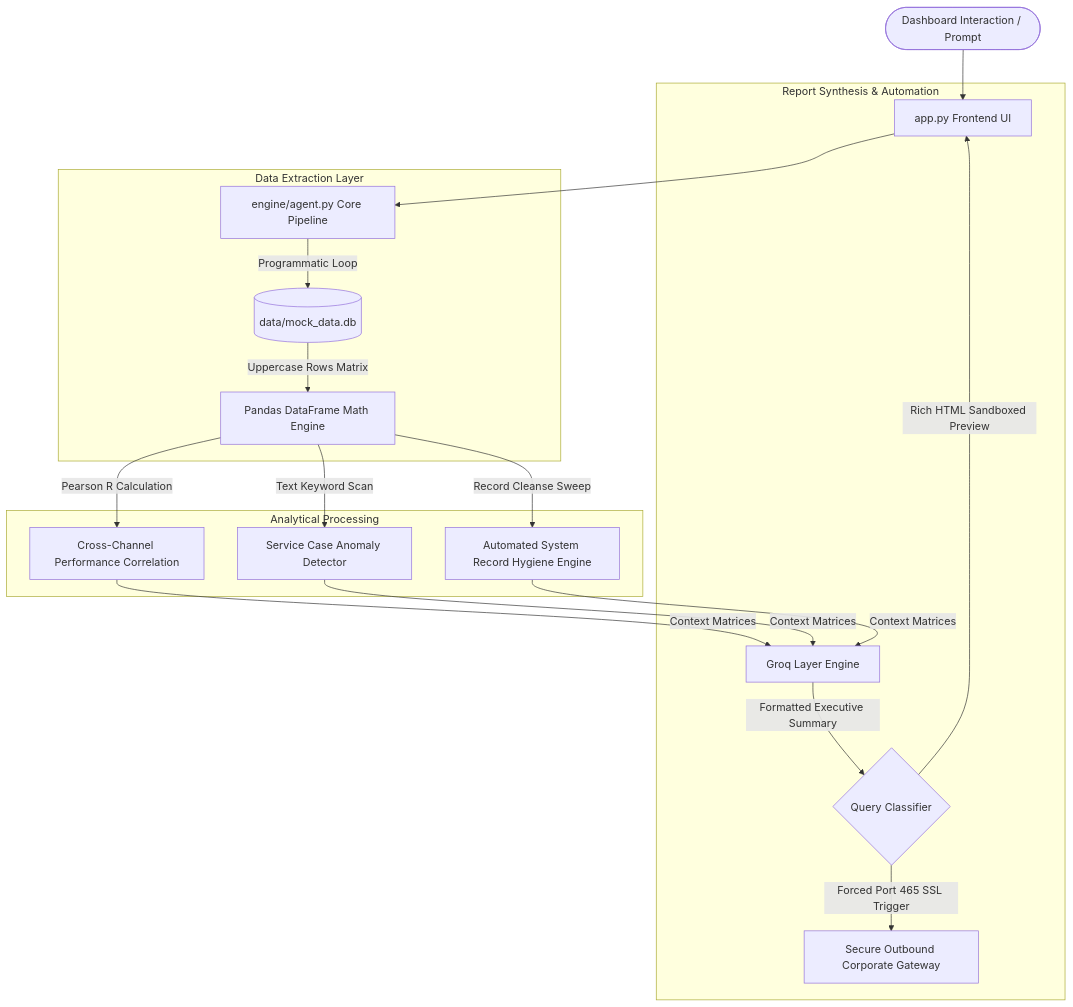
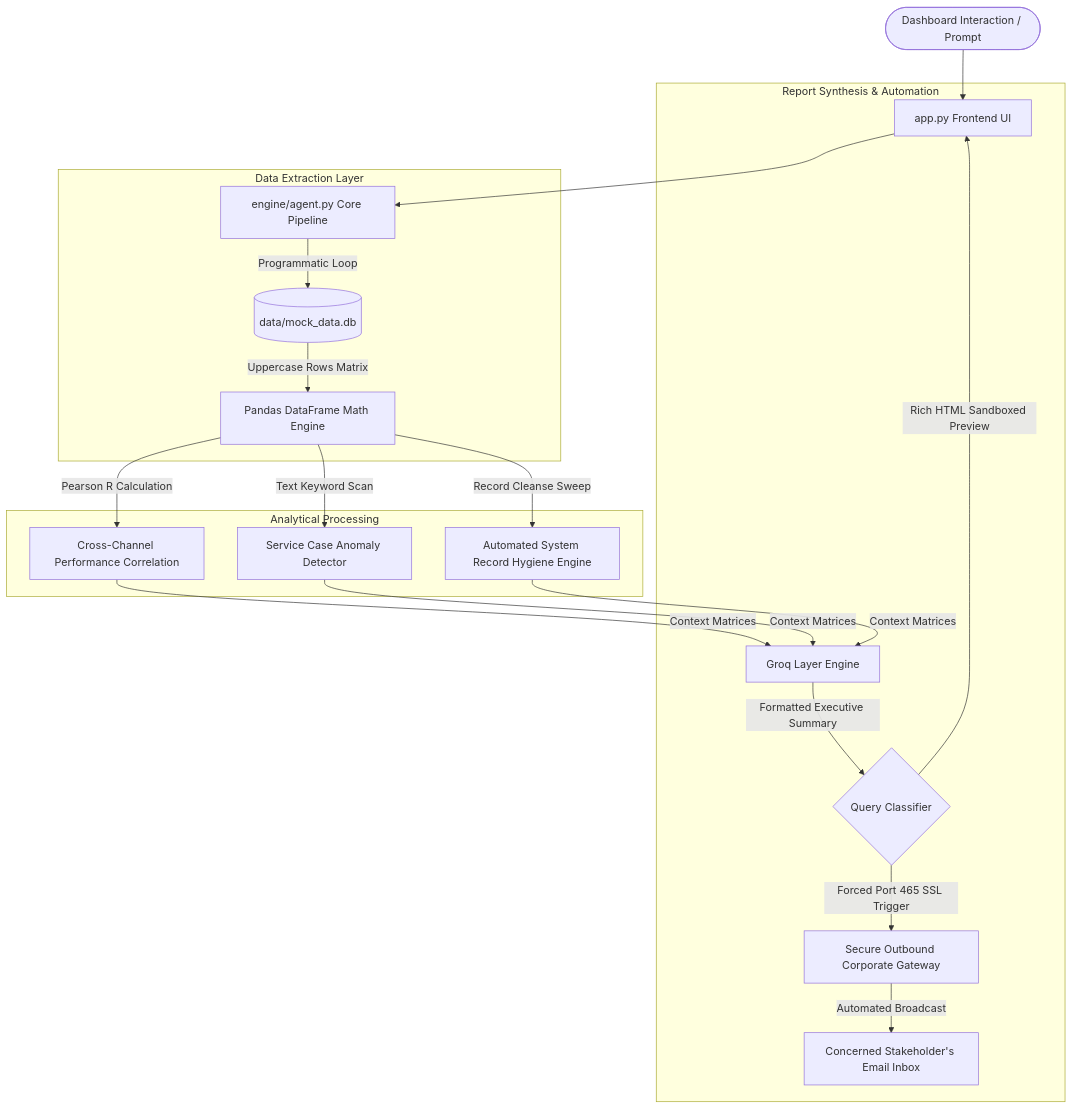
The first of 2 diagrams in README.md (SRINIVASTA/email-campaign-intelligence-agent), drawn with Mermaid before and after one commit.

Commit message:
Add automated broadcast to SMTP in README
Added automated broadcast feature to SMTP section.

````diff
--- a/README.md
+++ b/README.md
@@ -17,23 +17,24 @@
 ```mermaid
 graph TD
     User([Dashboard Interaction / Prompt]) --> Streamlit[app.py Frontend UI]
     Streamlit --> Engine[engine/agent.py Core Pipeline]
     
     subgraph Data Extraction Layer
         Engine -->|Programmatic Loop| SQLite[(data/mock_data.db)]
         SQLite -->|Uppercase Rows Matrix| Pandas[Pandas DataFrame Math Engine]
     end
 
     subgraph Analytical Processing
         Pandas -->|Pearson R Calculation| Calc[Cross-Channel Performance Correlation]
         Pandas -->|Text Keyword Scan| Anom[Service Case Anomaly Detector]
         Pandas -->|Record Cleanse Sweep| Hygiene[Automated System Record Hygiene Engine]
     end
 
     subgraph Report Synthesis & Automation
         Calc & Anom & Hygiene -->|Context Matrices| LLM[Groq Layer Engine]
         LLM -->|Formatted Executive Summary| Orchestrator{Query Classifier}
         Orchestrator -->|Rich HTML Sandboxed Preview| Streamlit
         Orchestrator -->|Forced Port 465 SSL Trigger| SMTP[Secure Outbound Corporate Gateway]
+        SMTP -->|Automated Broadcast| Inbox[Concerned Stakeholder's Email Inbox]
     end
 ```
````
